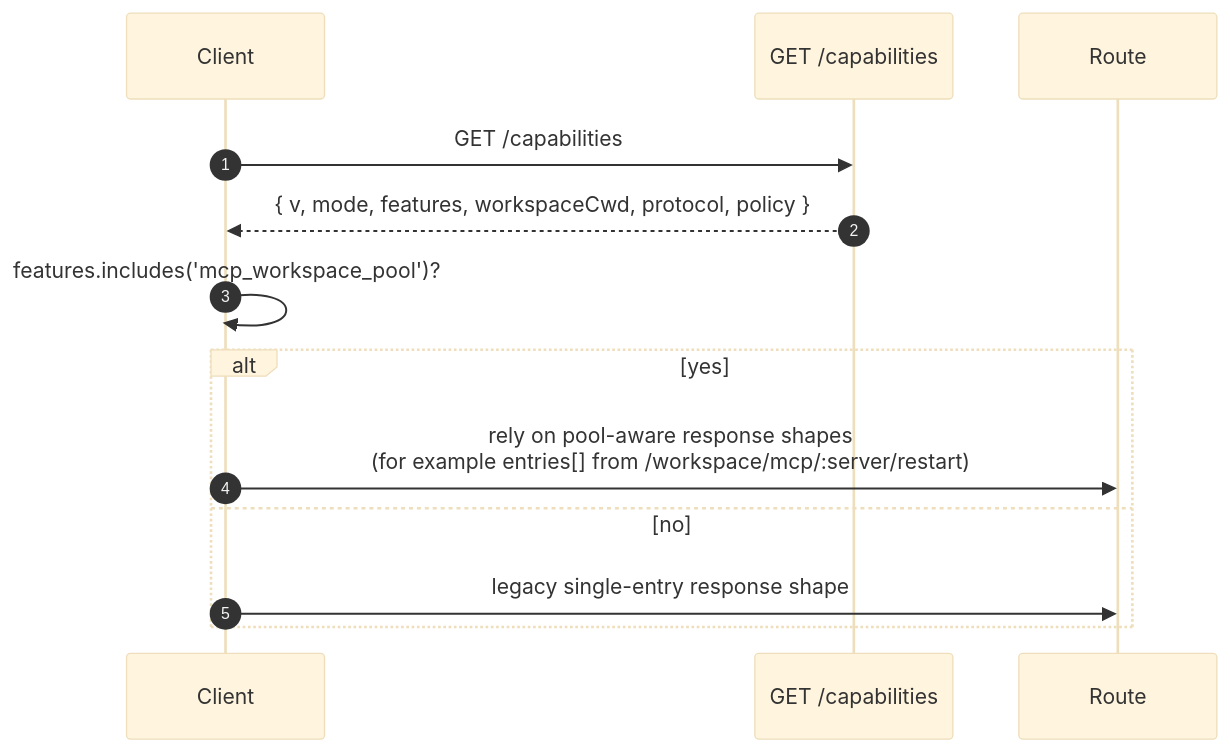
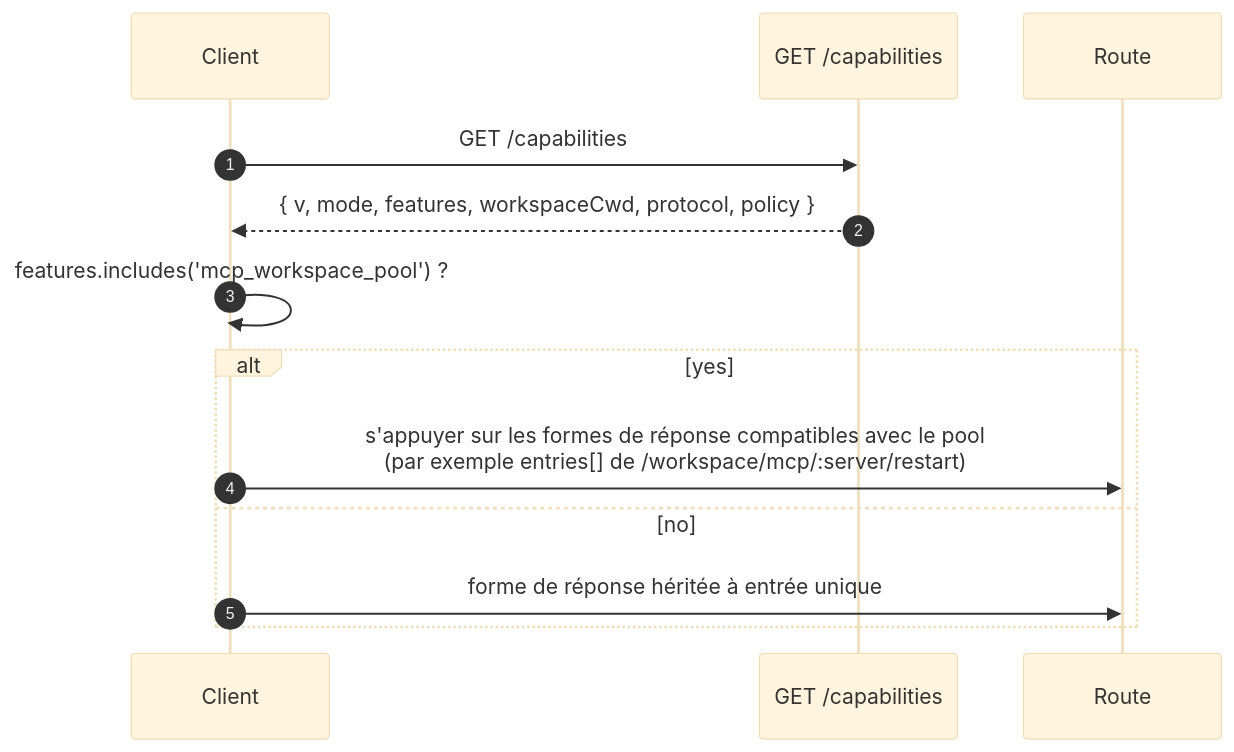
The second of 2 diagrams in website/content/fr/developers/daemon/11-capabilities-versioning.md (QwenLM/qwen-code-docs), drawn with Mermaid (base theme) before and after one commit. The commit also changed other lines of this file and 162 other files, not shown here.

````diff
--- a/website/content/fr/developers/daemon/11-capabilities-versioning.md
+++ b/website/content/fr/developers/daemon/11-capabilities-versioning.md
@@ -132,16 +142,16 @@
 ```mermaid
 sequenceDiagram
     autonumber
     participant C as Client
     participant D as GET /capabilities
     participant R as Route
 
     C->>D: GET /capabilities
     D-->>C: { v, mode, features, workspaceCwd, protocol, policy }
-    C->>C: features.includes('mcp_workspace_pool')?
+    C->>C: features.includes('mcp_workspace_pool') ?
     alt yes
-        C->>R: rely on pool-aware response shapes<br/>(for example entries[] from /workspace/mcp/:server/restart)
+        C->>R: s'appuyer sur les formes de réponse compatibles avec le pool<br/>(par exemple entries[] de /workspace/mcp/:server/restart)
     else no
-        C->>R: legacy single-entry response shape
+        C->>R: forme de réponse héritée à entrée unique
     end
 ```
````
